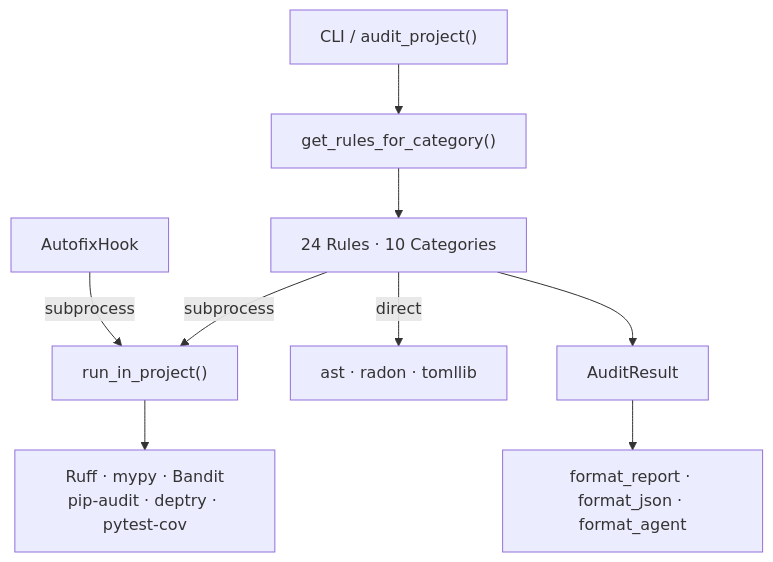
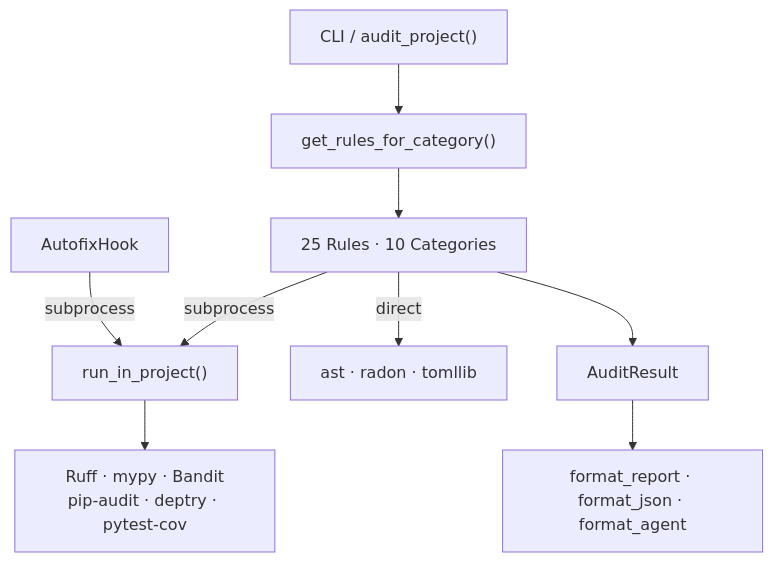
Before and after one commit to axm-protocols/axm-forge: the first of 2 diagrams in packages/axm-audit/docs/explanation/architecture.md, drawn with Mermaid. The commit also changed other lines of this file and 9 other files, not shown here.

````diff
--- a/packages/axm-audit/docs/explanation/architecture.md
+++ b/packages/axm-audit/docs/explanation/architecture.md
@@ -7,11 +7,11 @@
 ```mermaid
 graph TB
     API["CLI / audit_project()"] --> Auditor["get_rules_for_category()"]
-    Auditor --> Rules["24 Rules · 10 Categories"]
+    Auditor --> Rules["25 Rules · 10 Categories"]
     Rules -->|subprocess| Runner["run_in_project()"]
     Rules -->|direct| AST["ast · radon · tomllib"]
     Runner --> Tools["Ruff · mypy · Bandit\npip-audit · deptry · pytest-cov"]
     Hooks["AutofixHook"] -->|subprocess| Runner
     Rules --> Result["AuditResult"]
     Result --> Fmt["format_report · format_json · format_agent"]
 ```
````
